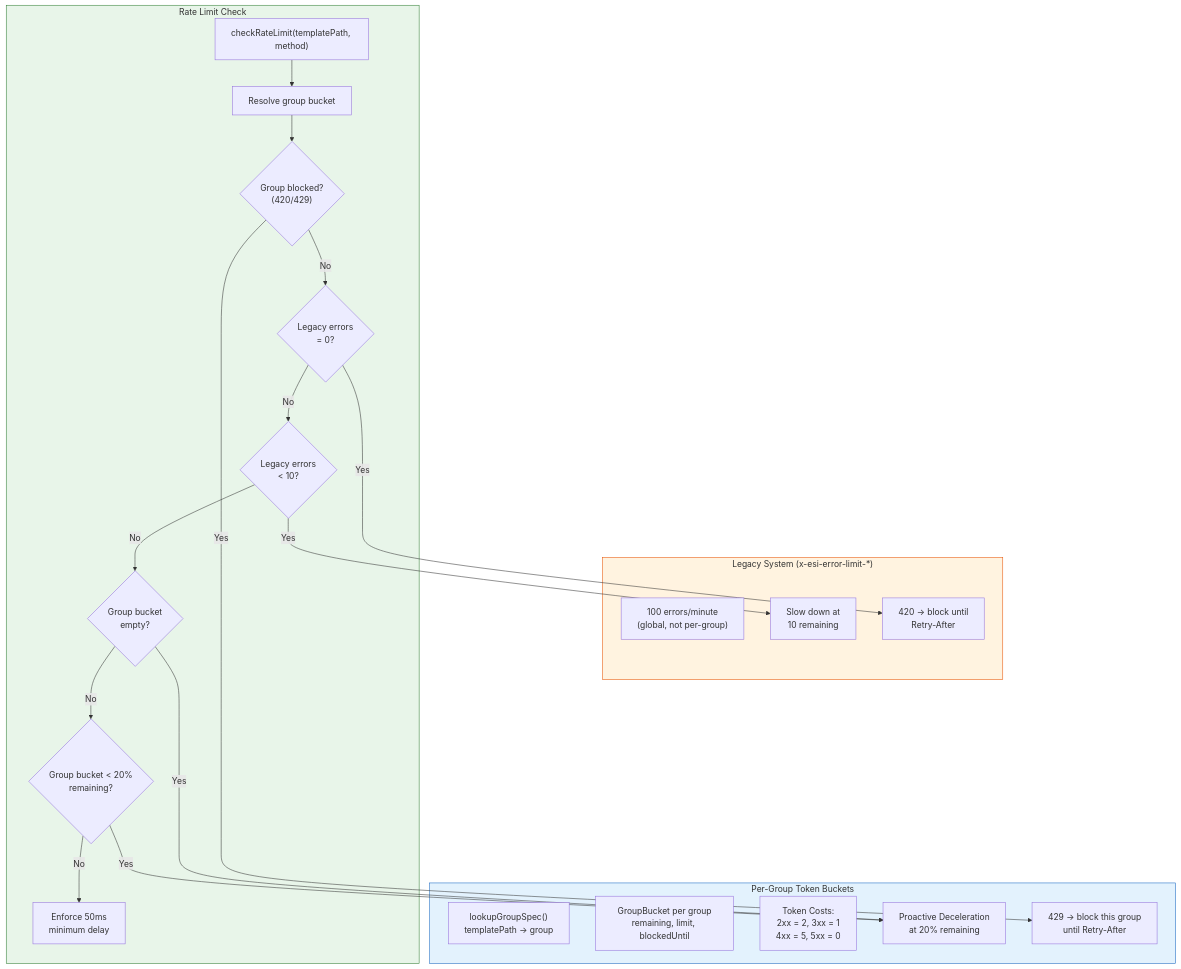
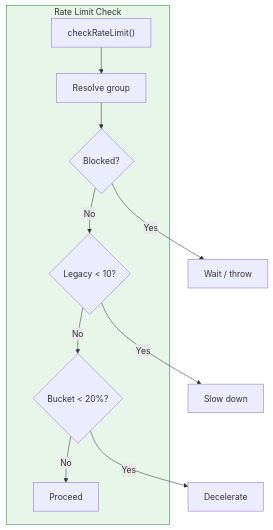
One commit to lgriffin/ESI.ts changed diagram 14 of 18 in media/ARCHITECTURE.md. Above: the diagram before and after it, drawn with Mermaid. The commit also changed other lines of this file and 928 other files, not shown here.

````diff
--- a/media/ARCHITECTURE.md
+++ b/media/ARCHITECTURE.md
@@ -548,44 +772,21 @@
 ```mermaid
-graph TB
-    subgraph PerGroup["Per-Group Token Buckets"]
-        Lookup["lookupGroupSpec()<br/>templatePath → group"]
-        Bucket["GroupBucket per group<br/>remaining, limit, blockedUntil"]
-        Costs["Token Costs:<br/>2xx = 2, 3xx = 1<br/>4xx = 5, 5xx = 0"]
-        Decel["Proactive Deceleration<br/>at 20% remaining"]
-        Block429["429 → block this group<br/>until Retry-After"]
+flowchart TB
+    subgraph Check ["Rate Limit Check"]
+        start["checkRateLimit()"]
+        resolve["Resolve group"]
+        blocked{"Blocked?"}
+        legacy{"Legacy < 10?"}
+        bucket{"Bucket < 20%?"}
+        pass["Proceed"]
     end
 
-    subgraph LegacySystem["Legacy System (x-esi-error-limit-*)"]
-        ErrorBudget["100 errors/minute<br/>(global, not per-group)"]
-        SlowDown["Slow down at<br/>10 remaining"]
-        Block420["420 → block until<br/>Retry-After"]
-    end
+    start --> resolve --> blocked
+    blocked -->|Yes| stop["Wait / throw"]
+    blocked -->|No| legacy
+    legacy -->|Yes| slow["Slow down"]
+    legacy -->|No| bucket
+    bucket -->|Yes| decel["Decelerate"]
+    bucket -->|No| pass
 
-    subgraph Decision["Rate Limit Check"]
-        Start["checkRateLimit(templatePath, method)"]
-        ResolveGroup["Resolve group bucket"]
-        IsBlocked{"Group blocked?<br/>(420/429)"}
-        LegacyLow{"Legacy errors<br/>< 10?"}
-        LegacyZero{"Legacy errors<br/>= 0?"}
-        BucketLow{"Group bucket < 20%<br/>remaining?"}
-        BucketEmpty{"Group bucket<br/>empty?"}
-        MinDelay["Enforce 50ms<br/>minimum delay"]
-    end
-
-    Start --> ResolveGroup
-    ResolveGroup --> IsBlocked
-    IsBlocked -->|Yes| Block429
-    IsBlocked -->|No| LegacyZero
-    LegacyZero -->|Yes| Block420
-    LegacyZero -->|No| LegacyLow
-    LegacyLow -->|Yes| SlowDown
-    LegacyLow -->|No| BucketEmpty
-    BucketEmpty -->|Yes| Decel
-    BucketEmpty -->|No| BucketLow
-    BucketLow -->|Yes| Decel
-    BucketLow -->|No| MinDelay
-
-    style PerGroup fill:#e3f2fd,stroke:#1565c0
-    style LegacySystem fill:#fff3e0,stroke:#e65100
-    style Decision fill:#e8f5e9,stroke:#2e7d32
+    style Check fill:#e8f5e9,stroke:#2e7d32
 ```
````
